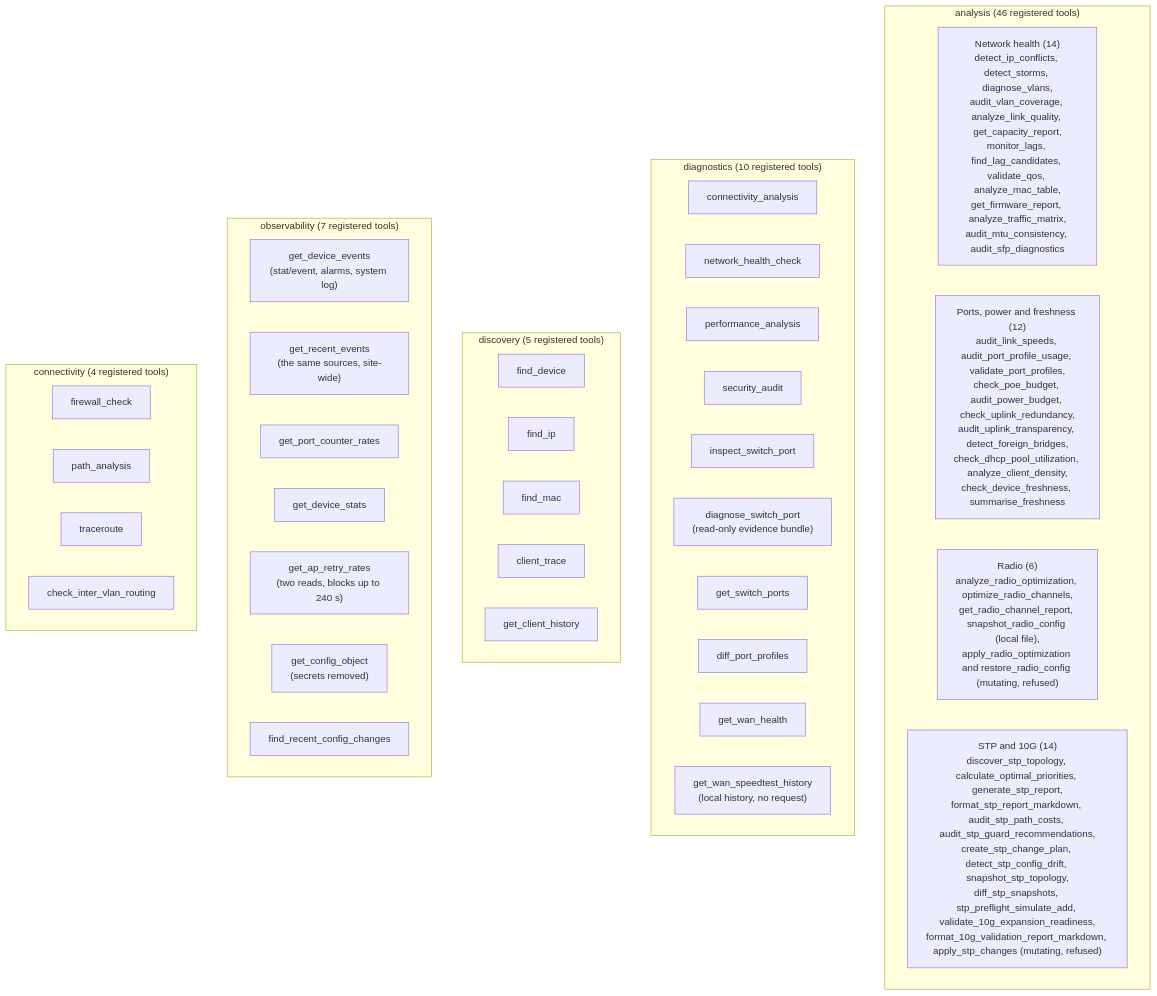
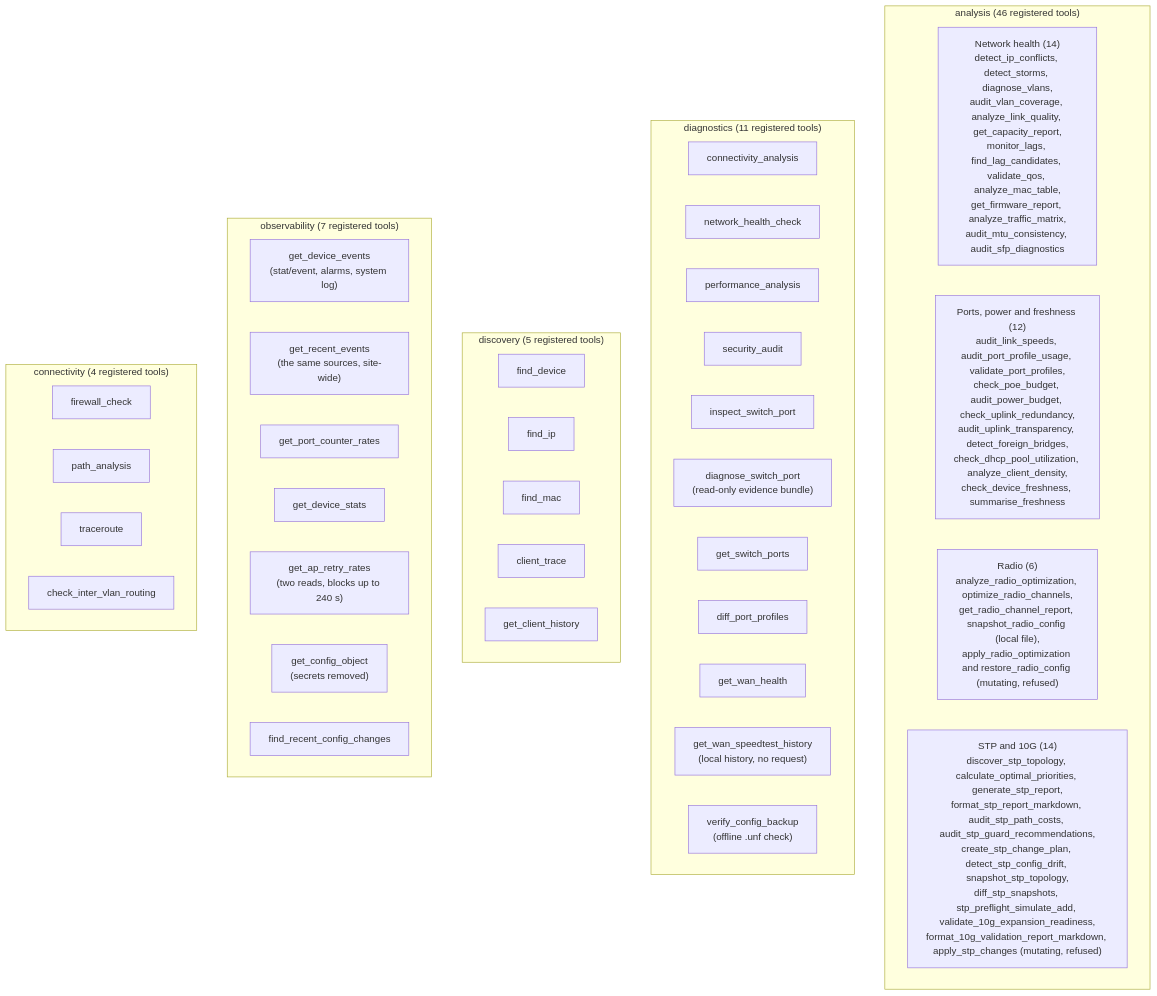
The fifth of 21 diagrams in docs/architecture/architecture-overview.md (NetDevAutomate/unifi_management_cli), drawn with Mermaid before and after one commit. The commit also changed other lines of this file and 17 other files, not shown here.

````diff
--- a/docs/architecture/architecture-overview.md
+++ b/docs/architecture/architecture-overview.md
@@ -506,48 +512,49 @@
 ```mermaid
 graph TD
     subgraph analysis["analysis (46 registered tools)"]
         direction LR
         H["Network health (14)\ndetect_ip_conflicts, detect_storms, diagnose_vlans,\naudit_vlan_coverage, analyze_link_quality, get_capacity_report,\nmonitor_lags, find_lag_candidates, validate_qos, analyze_mac_table,\nget_firmware_report, analyze_traffic_matrix,\naudit_mtu_consistency, audit_sfp_diagnostics"]
         P["Ports, power and freshness (12)\naudit_link_speeds, audit_port_profile_usage, validate_port_profiles,\ncheck_poe_budget, audit_power_budget, check_uplink_redundancy,\naudit_uplink_transparency, detect_foreign_bridges,\ncheck_dhcp_pool_utilization, analyze_client_density,\ncheck_device_freshness, summarise_freshness"]
         R["Radio (6)\nanalyze_radio_optimization, optimize_radio_channels,\nget_radio_channel_report, snapshot_radio_config (local file),\napply_radio_optimization and restore_radio_config (mutating, refused)"]
         S["STP and 10G (14)\ndiscover_stp_topology, calculate_optimal_priorities, generate_stp_report,\nformat_stp_report_markdown, audit_stp_path_costs, audit_stp_guard_recommendations,\ncreate_stp_change_plan, detect_stp_config_drift, snapshot_stp_topology,\ndiff_stp_snapshots, stp_preflight_simulate_add, validate_10g_expansion_readiness,\nformat_10g_validation_report_markdown, apply_stp_changes (mutating, refused)"]
     end
 
-    subgraph diagnostics["diagnostics (10 registered tools)"]
+    subgraph diagnostics["diagnostics (11 registered tools)"]
         D1["connectivity_analysis"]
         D2["network_health_check"]
         D3["performance_analysis"]
         D4["security_audit"]
         D5["inspect_switch_port"]
         D6["diagnose_switch_port\n(read-only evidence bundle)"]
         D7["get_switch_ports"]
         D8["diff_port_profiles"]
         D9["get_wan_health"]
         D10["get_wan_speedtest_history\n(local history, no request)"]
+        D11["verify_config_backup\n(offline .unf check)"]
     end
 
     subgraph discovery["discovery (5 registered tools)"]
         DS1["find_device"]
         DS2["find_ip"]
         DS3["find_mac"]
         DS4["client_trace"]
         DS5["get_client_history"]
     end
 
     subgraph observability["observability (7 registered tools)"]
         O1["get_device_events\n(stat/event, alarms, system log)"]
         O7["get_recent_events\n(the same sources, site-wide)"]
         O2["get_port_counter_rates"]
         O3["get_device_stats"]
         O4["get_ap_retry_rates\n(two reads, blocks up to 240 s)"]
         O5["get_config_object\n(secrets removed)"]
         O6["find_recent_config_changes"]
     end
 
     subgraph connectivity["connectivity (4 registered tools)"]
         C1["firewall_check"]
         C2["path_analysis"]
         C3["traceroute"]
         C4["check_inter_vlan_routing"]
     end
 ```
````
